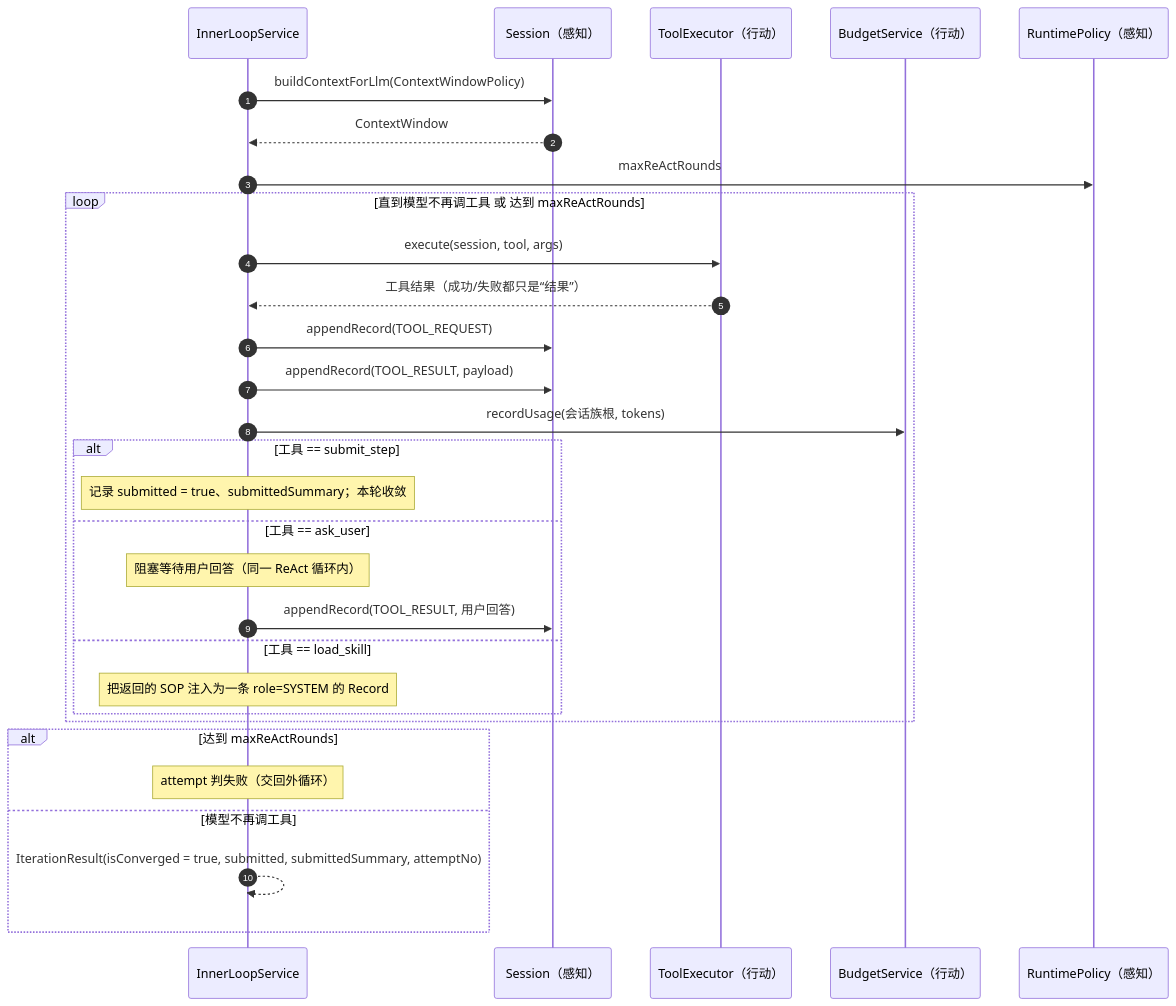
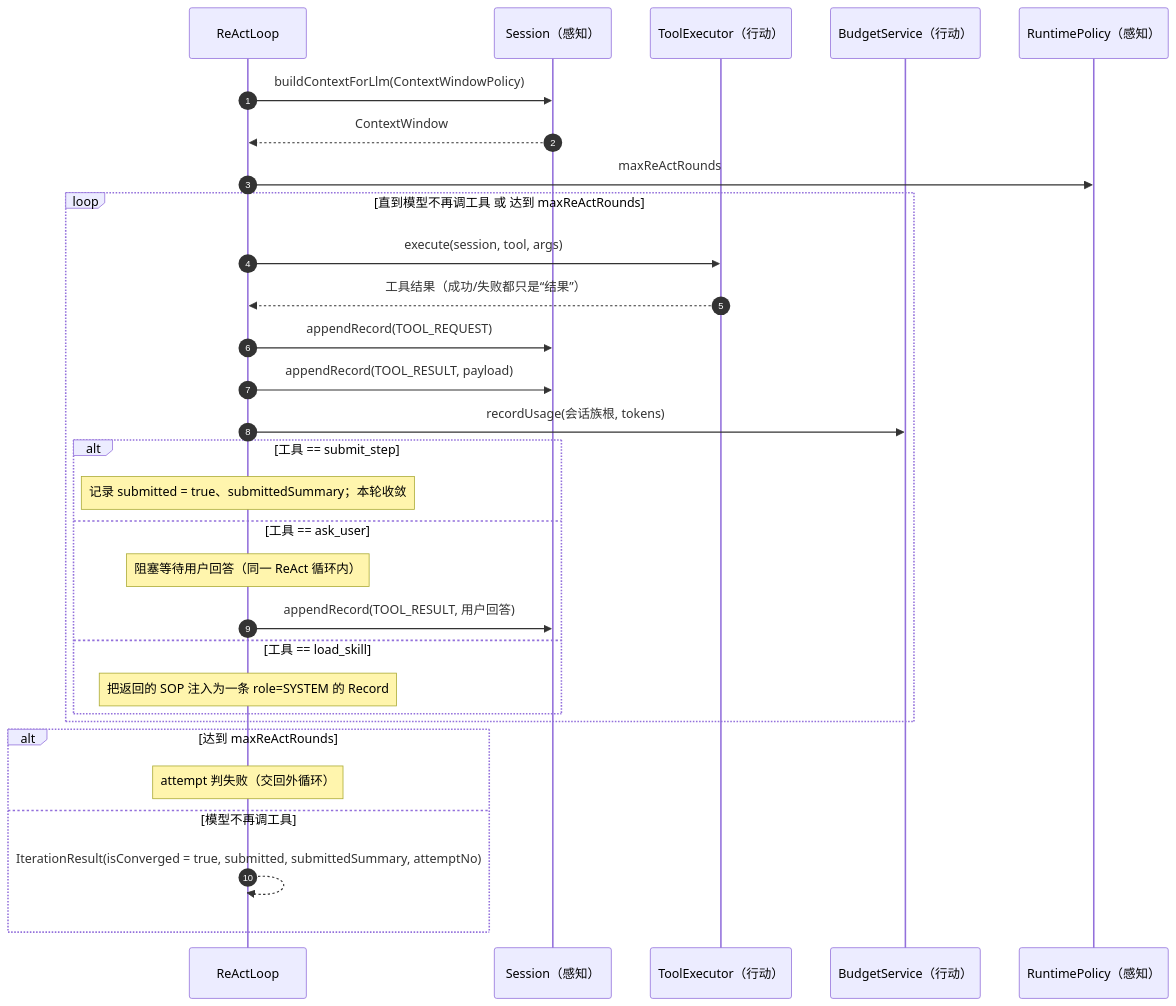
One commit to zcd0831/Jellyfish-Docs changed the fourth of 6 diagrams in model/模块-规划.md. Above: the diagram before and after it, drawn with Mermaid. The commit also changed other lines of this file and 9 other files, not shown here.

````diff
--- a/model/模块-规划.md
+++ b/model/模块-规划.md
@@ -449,33 +453,33 @@
 ```mermaid
 sequenceDiagram
     autonumber
-    participant IL as InnerLoopService
+    participant IL as ReActLoop
     participant S as Session（感知）
     participant TE as ToolExecutor（行动）
     participant BS as BudgetService（行动）
     participant RP as RuntimePolicy（感知）
 
     IL->>S: buildContextForLlm(ContextWindowPolicy)
     S-->>IL: ContextWindow
     IL->>RP: maxReActRounds
     loop 直到模型不再调工具 或 达到 maxReActRounds
         IL->>TE: execute(session, tool, args)
         TE-->>IL: 工具结果（成功/失败都只是“结果”）
         IL->>S: appendRecord(TOOL_REQUEST)
         IL->>S: appendRecord(TOOL_RESULT, payload)
         IL->>BS: recordUsage(会话族根, tokens)
         alt 工具 == submit_step
             Note over IL: 记录 submitted = true、submittedSummary；本轮收敛
         else 工具 == ask_user
             Note over IL: 阻塞等待用户回答（同一 ReAct 循环内）
             IL->>S: appendRecord(TOOL_RESULT, 用户回答)
         else 工具 == load_skill
             Note over IL: 把返回的 SOP 注入为一条 role=SYSTEM 的 Record
         end
     end
     alt 达到 maxReActRounds
         Note over IL: attempt 判失败（交回外循环）
     else 模型不再调工具
         IL-->>IL: IterationResult(isConverged = true, submitted, submittedSummary, attemptNo)
     end
 ```
````
